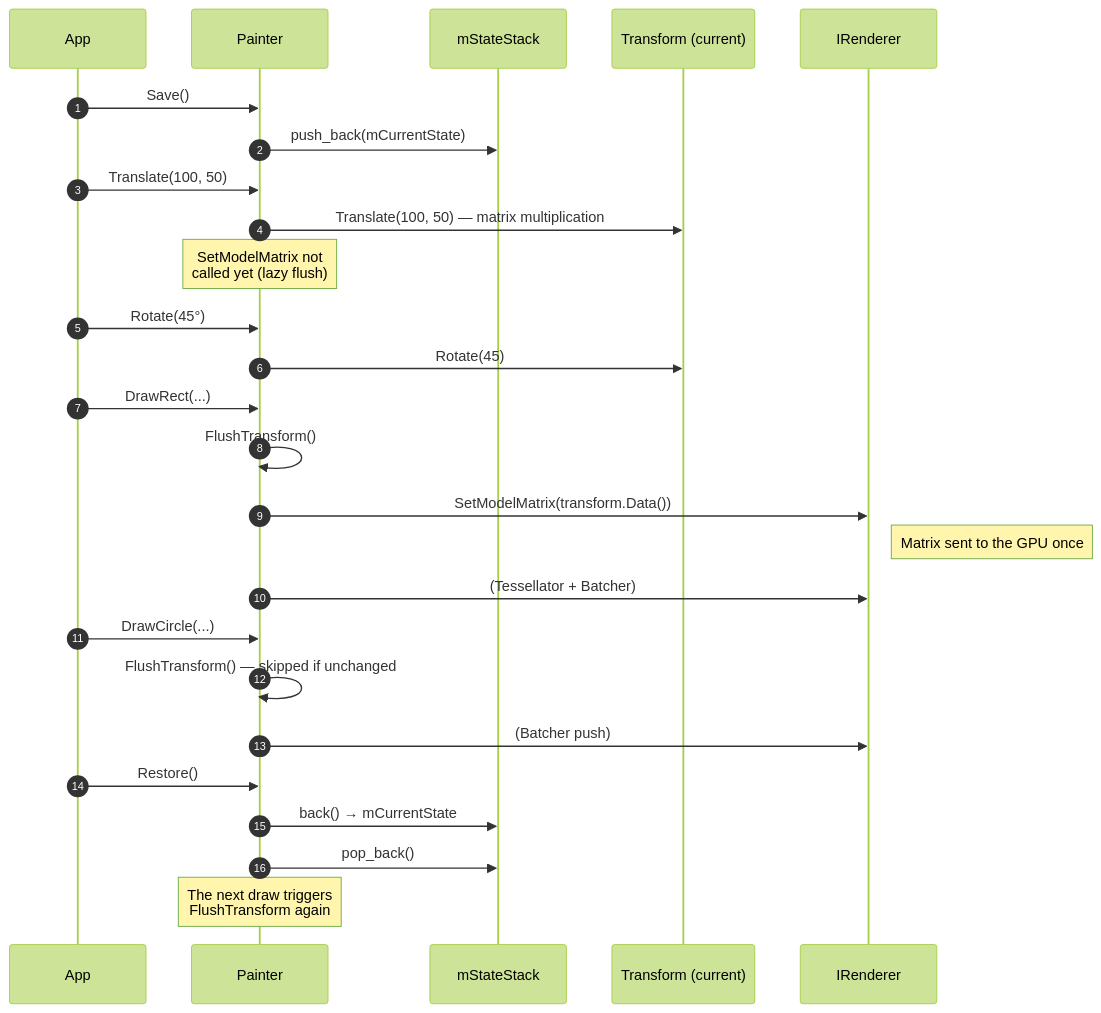
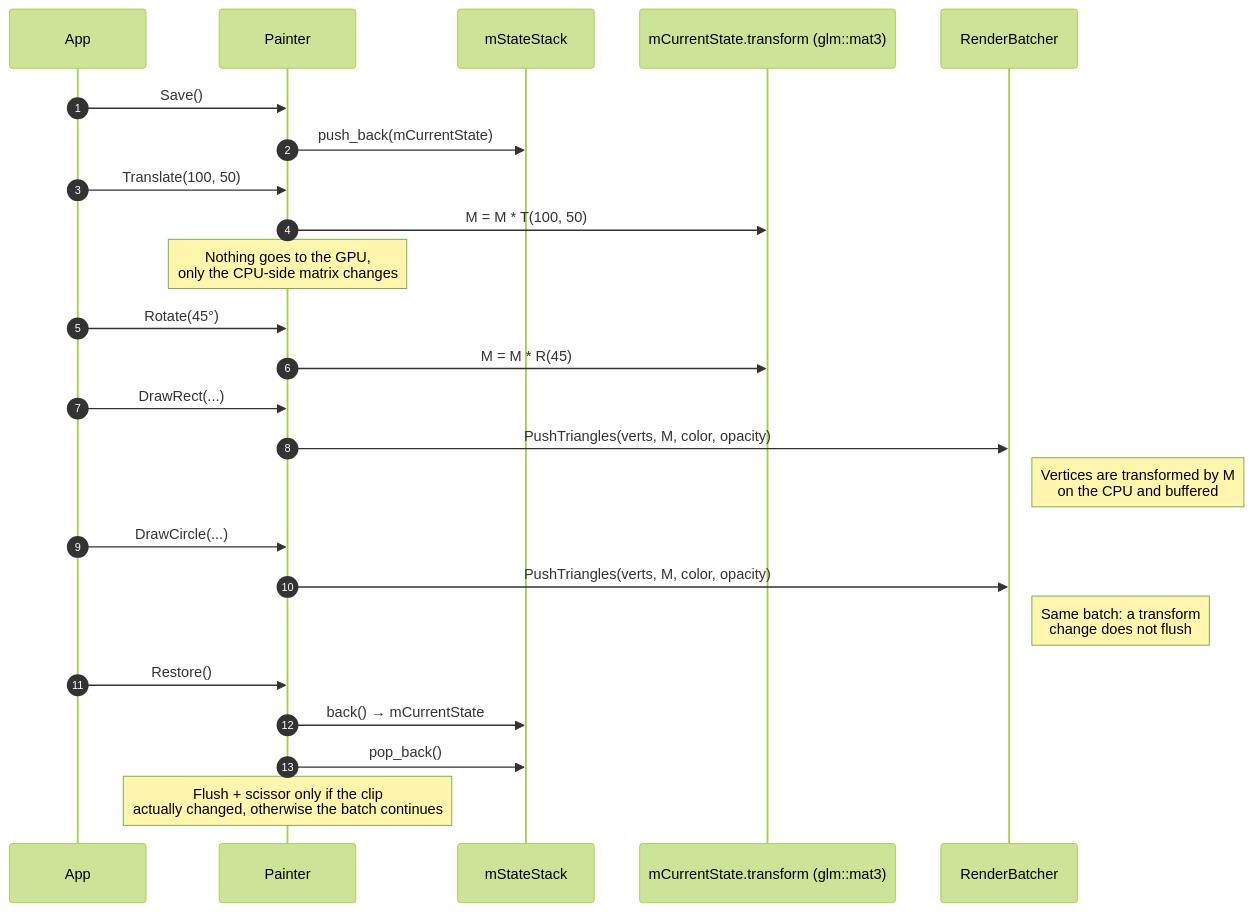
One commit to yazilimperver/sdl-painter changed the fourth of 13 diagrams in doc/en/flows.md. Above: the diagram before and after it, drawn with Mermaid (forest theme). The commit also changed other lines of this file and 10 other files, not shown here.

````diff
--- a/doc/en/flows.md
+++ b/doc/en/flows.md
@@ -183,34 +181,32 @@
 ```mermaid
 sequenceDiagram
     autonumber
     participant App
     participant P as Painter
     participant S as mStateStack
-    participant T as Transform (current)
-    participant R as IRenderer
+    participant M as mCurrentState.transform (glm::mat3)
+    participant B as RenderBatcher
 
     App->>P: Save()
     P->>S: push_back(mCurrentState)
 
     App->>P: Translate(100, 50)
-    P->>T: Translate(100, 50) — matrix multiplication
-    Note over P: SetModelMatrix not<br/>called yet (lazy flush)
+    P->>M: M = M * T(100, 50)
+    Note over P: Nothing goes to the GPU,<br/>only the CPU-side matrix changes
 
     App->>P: Rotate(45°)
-    P->>T: Rotate(45)
+    P->>M: M = M * R(45)
 
     App->>P: DrawRect(...)
-    P->>P: FlushTransform()
-    P->>R: SetModelMatrix(transform.Data())
-    Note right of R: Matrix sent to the GPU once
-    P->>R: (Tessellator + Batcher)
+    P->>B: PushTriangles(verts, M, color, opacity)
+    Note right of B: Vertices are transformed by M<br/>on the CPU and buffered
 
     App->>P: DrawCircle(...)
-    P->>P: FlushTransform() — skipped if unchanged
-    P->>R: (Batcher push)
+    P->>B: PushTriangles(verts, M, color, opacity)
+    Note right of B: Same batch: a transform<br/>change does not flush
 
     App->>P: Restore()
     P->>S: back() → mCurrentState
     P->>S: pop_back()
-    Note over P: The next draw triggers<br/>FlushTransform again
+    Note over P: Flush + scissor only if the clip<br/>actually changed, otherwise the batch continues
 ```
````
